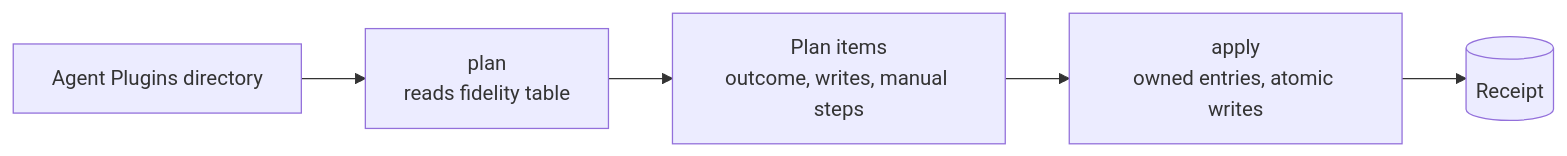
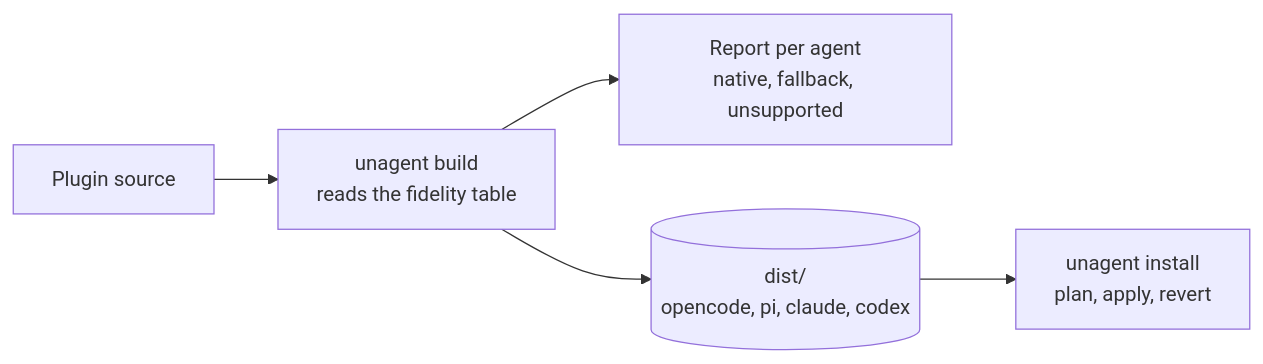
Before and after one commit to StevenJPx2/workhorse: the second of 2 diagrams in spike/unagent/README.md, drawn with Mermaid. The commit also changed other lines of this file and 3 other files, not shown here.

First line of the commit message:
docs(spike): rescope unagent as an unplugin-style agent plugin SDK

````diff
--- a/spike/unagent/README.md
+++ b/spike/unagent/README.md
@@ -31,7 +156,7 @@
 ```mermaid
 flowchart LR
-    Pkg["Agent Plugins directory"] --> Plan["plan<br/>reads fidelity table"]
-    Plan --> Items["Plan items<br/>outcome, writes, manual steps"]
-    Items --> Apply["apply<br/>owned entries, atomic writes"]
-    Apply --> Receipt[("Receipt")]
+    Src["Plugin source"] --> Build["unagent build<br/>reads the fidelity table"]
+    Build --> Report["Report per agent<br/>native, fallback, unsupported"]
+    Build --> Out[("dist/<br/>opencode, pi, claude, codex")]
+    Out --> Install["unagent install<br/>plan, apply, revert"]
 ```
````
